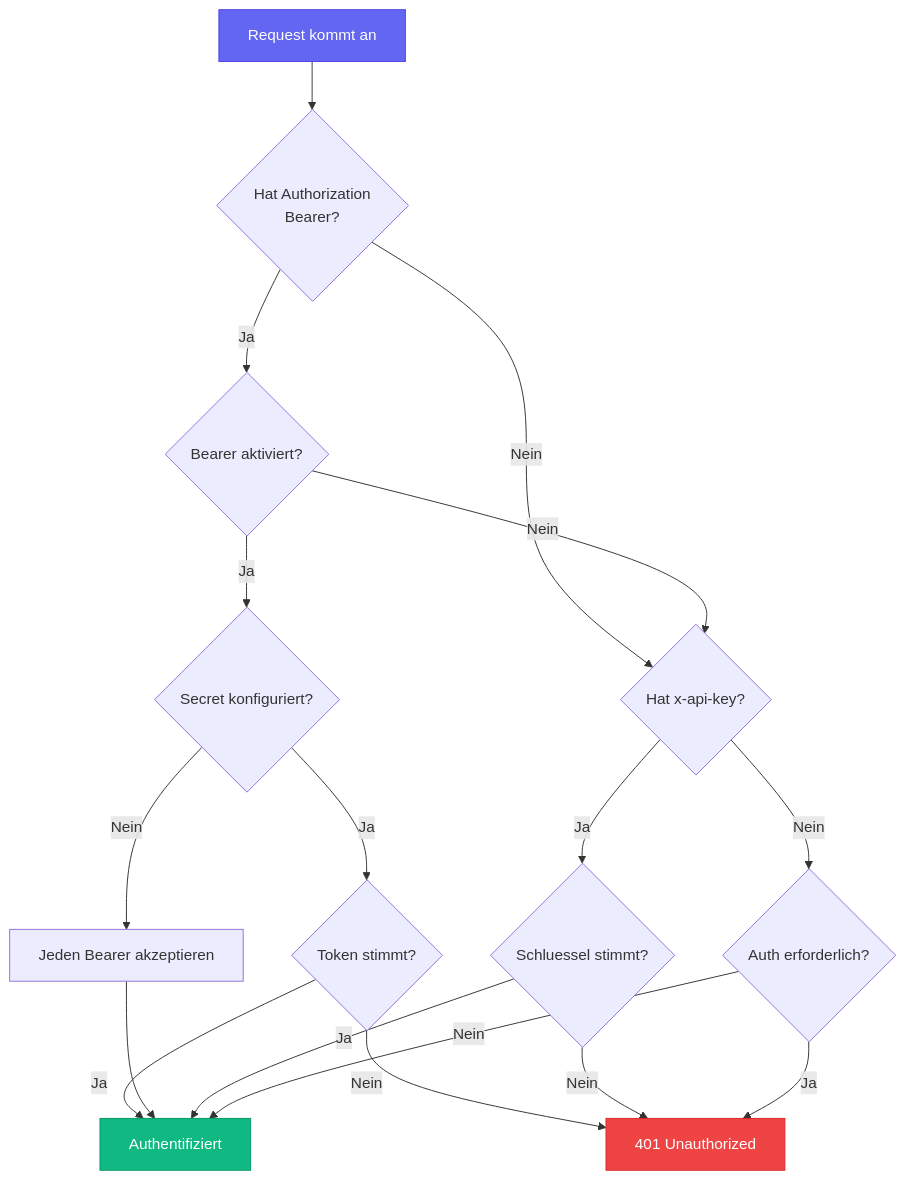
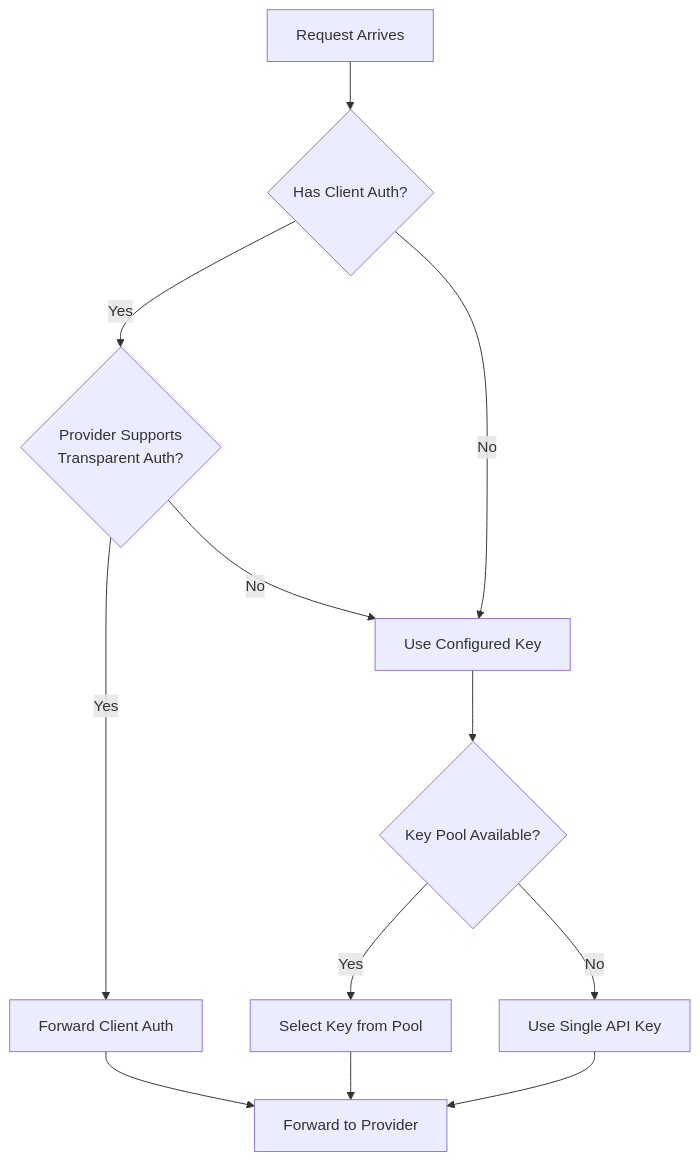
Before and after one commit to omarluq/cc-relay: the fifth of 5 diagrams in docs-site/content/de/docs/architecture.md, drawn with Mermaid. The commit also changed other lines of this file and 5 other files, not shown here.

First line of the commit message:
docs: rewrite architecture docs with multi-provider support

````diff
--- a/docs-site/content/de/docs/architecture.md
+++ b/docs-site/content/de/docs/architecture.md
@@ -263,30 +299,14 @@
 ```mermaid
 graph TD
-    A[Request kommt an] --> B{Hat Authorization<br/>Bearer?}
-    B -->|Ja| C{Bearer aktiviert?}
-    B -->|Nein| D{Hat x-api-key?}
-
-    C -->|Ja| E{Secret konfiguriert?}
-    C -->|Nein| D
-
-    E -->|Ja| F{Token stimmt?}
-    E -->|Nein| G[Jeden Bearer akzeptieren]
-
-    F -->|Ja| H[Authentifiziert]
-    F -->|Nein| I[401 Unauthorized]
-
-    G --> H
-
-    D -->|Ja| J{Schluessel stimmt?}
-    D -->|Nein| K{Auth erforderlich?}
-
-    J -->|Ja| H
-    J -->|Nein| I
-
-    K -->|Ja| I
-    K -->|Nein| H
-
-    style A fill:#6366f1,stroke:#4f46e5,color:#fff
-    style H fill:#10b981,stroke:#059669,color:#fff
-    style I fill:#ef4444,stroke:#dc2626,color:#fff
+    A[Request Arrives] --> B{Has Client Auth?}
+    B -->|Yes| C{Provider Supports<br/>Transparent Auth?}
+    B -->|No| D[Use Configured Key]
+    C -->|Yes| E[Forward Client Auth]
+    C -->|No| D
+    D --> F{Key Pool Available?}
+    F -->|Yes| G[Select Key from Pool]
+    F -->|No| H[Use Single API Key]
+    E --> I[Forward to Provider]
+    G --> I
+    H --> I
 ```
````
